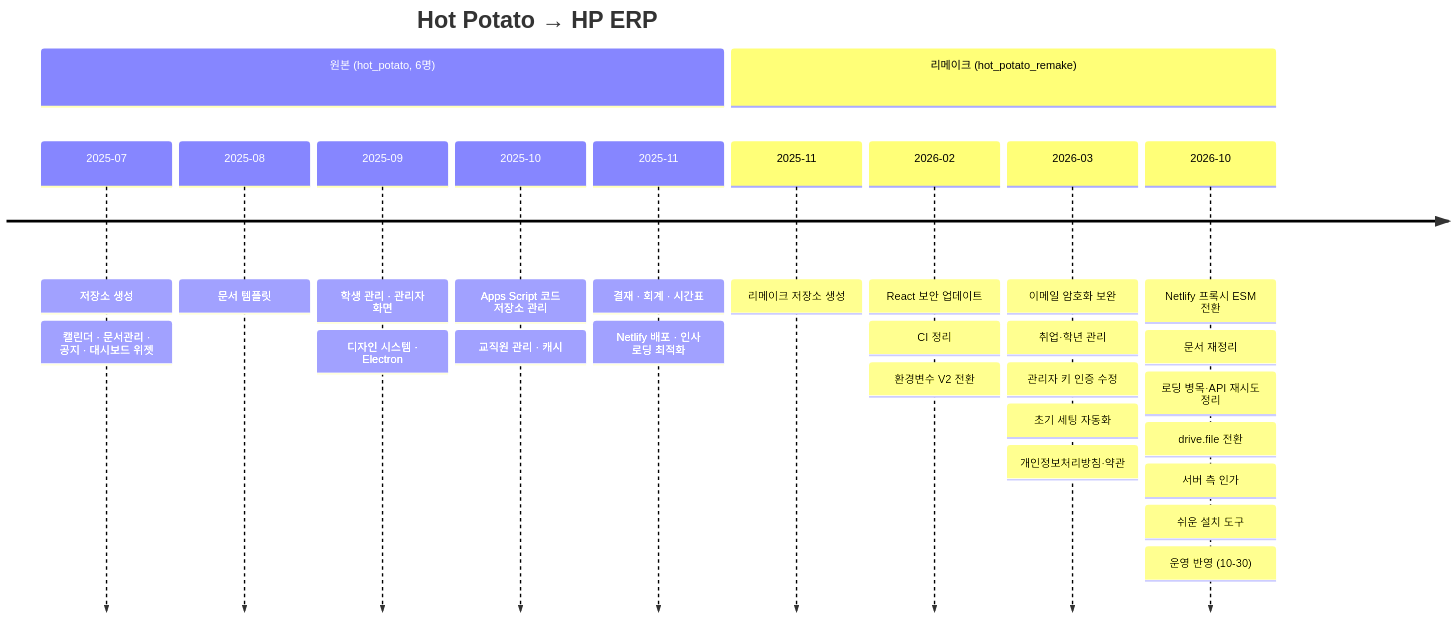
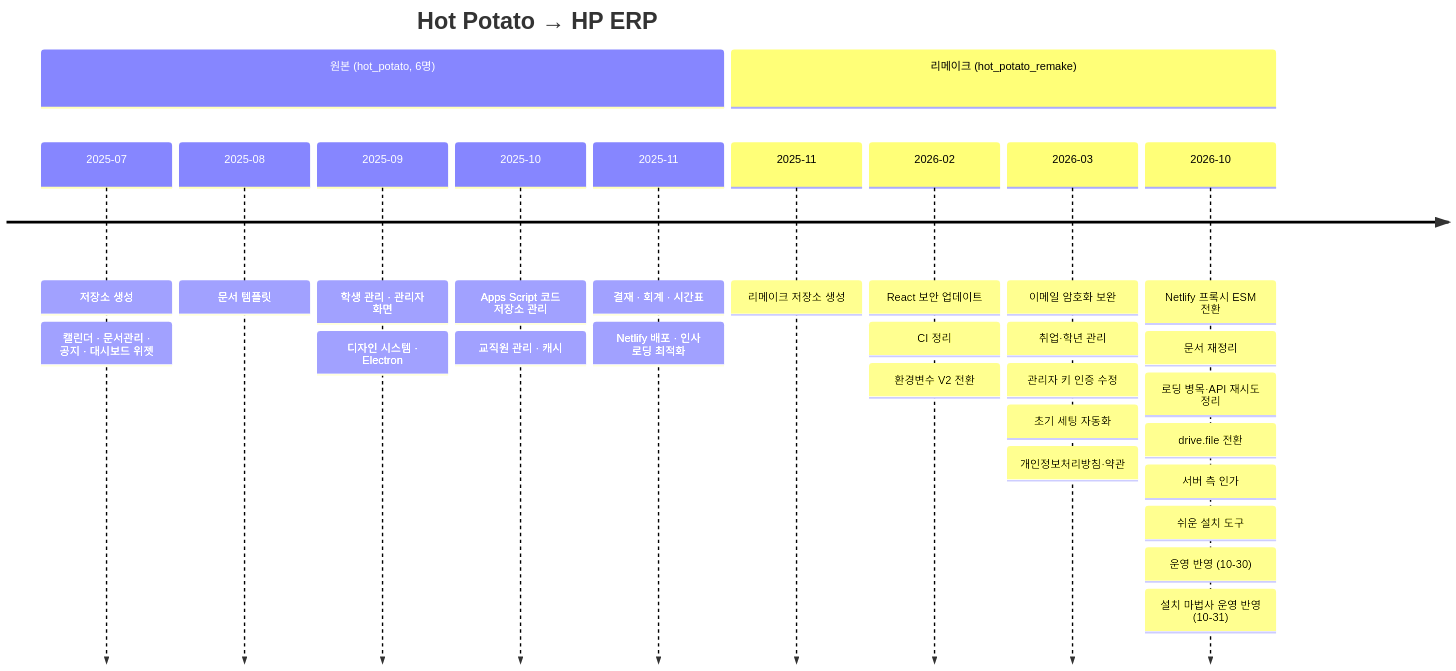
The diagram in docs/STATUS.md (semicolon213/hot_potato_remake), drawn with Mermaid before and after one commit. The commit also changed other lines of this file and 10 other files, not shown here.

````diff
--- a/docs/STATUS.md
+++ b/docs/STATUS.md
@@ -60,15 +60,15 @@
 ```mermaid
 timeline
     title Hot Potato → HP ERP
     section 원본 (hot_potato, 6명)
         2025-07 : 저장소 생성 : 캘린더 · 문서관리 · 공지 · 대시보드 위젯
         2025-08 : 문서 템플릿
         2025-09 : 학생 관리 · 관리자 화면 : 디자인 시스템 · Electron
         2025-10 : Apps Script 코드 저장소 관리 : 교직원 관리 · 캐시
         2025-11 : 결재 · 회계 · 시간표 : Netlify 배포 · 인사 로딩 최적화
     section 리메이크 (hot_potato_remake)
         2025-11 : 리메이크 저장소 생성
         2026-02 : React 보안 업데이트 : CI 정리 : 환경변수 V2 전환
         2026-03 : 이메일 암호화 보완 : 취업·학년 관리 : 관리자 키 인증 수정 : 초기 세팅 자동화 : 개인정보처리방침·약관
-        2026-10 : Netlify 프록시 ESM 전환 : 문서 재정리 : 로딩 병목·API 재시도 정리 : drive.file 전환 : 서버 측 인가 : 쉬운 설치 도구 : 운영 반영 (10-30)
+        2026-10 : Netlify 프록시 ESM 전환 : 문서 재정리 : 로딩 병목·API 재시도 정리 : drive.file 전환 : 서버 측 인가 : 쉬운 설치 도구 : 운영 반영 (10-30) : 설치 마법사 운영 반영 (10-31)
 ```
````
